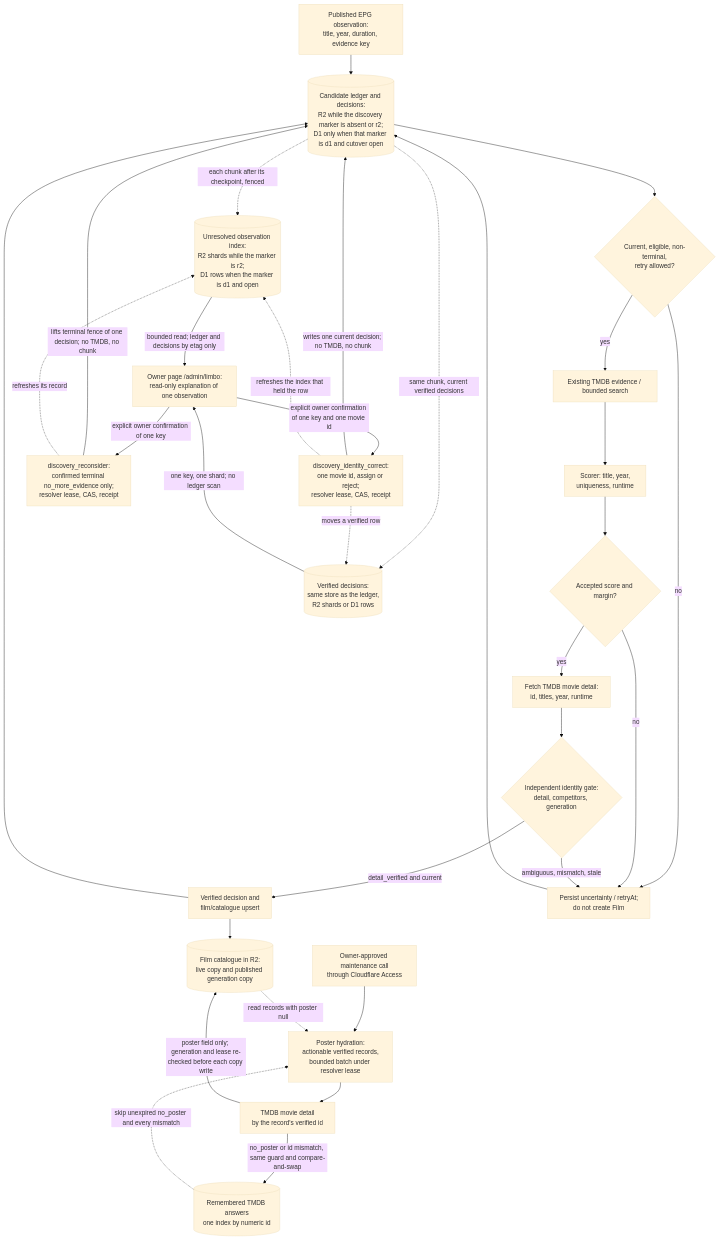
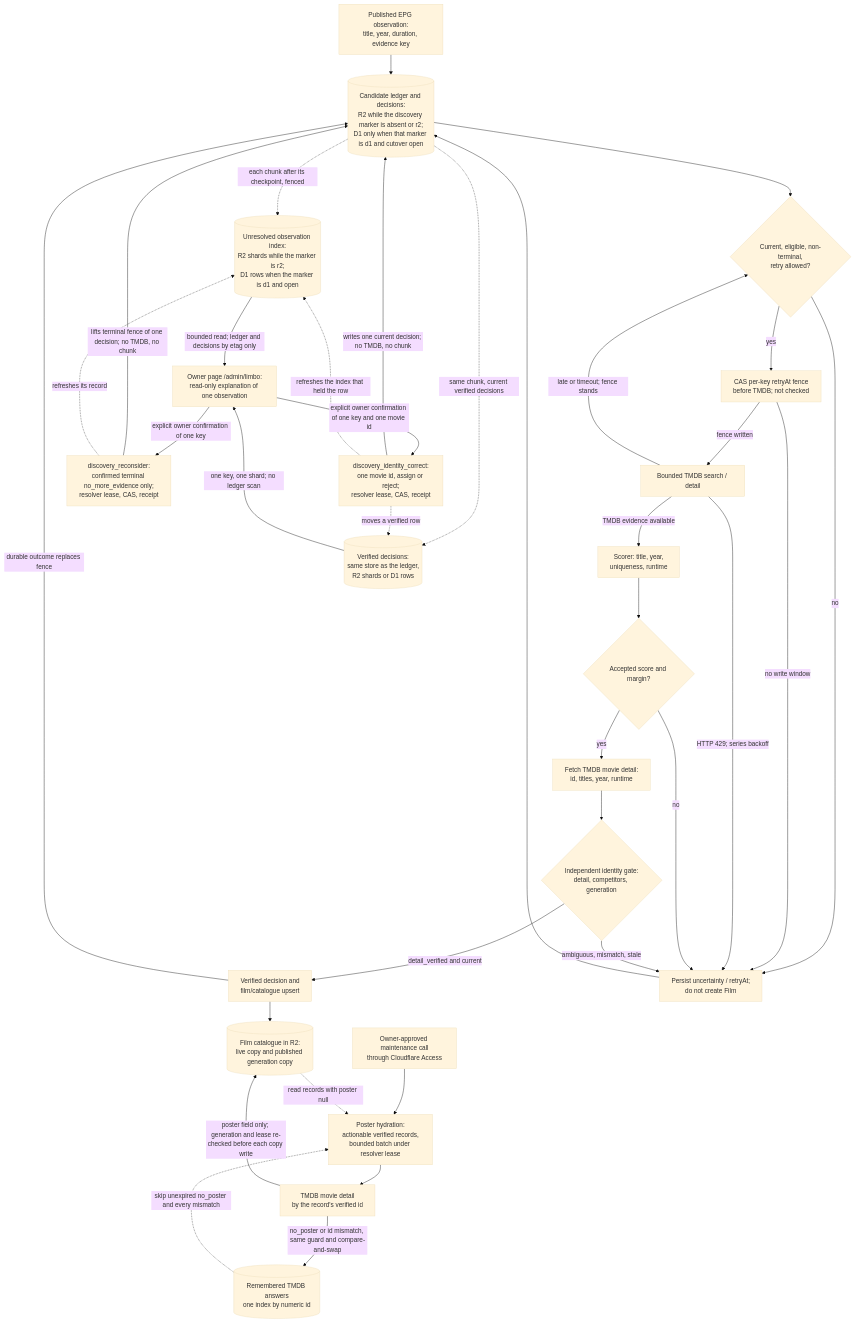
Before and after one commit to vladimino/iptv-watchlist: the diagram in docs/architecture/discovery-and-resolution.md, drawn with Mermaid (base theme). The commit also changed other lines of this file and 16 other files, not shown here.

````diff
--- a/docs/architecture/discovery-and-resolution.md
+++ b/docs/architecture/discovery-and-resolution.md
@@ -5,51 +5,57 @@
 ```mermaid
 flowchart TD
     epg["Published EPG observation:<br/>title, year, duration, evidence key"]
     ledger[("Candidate ledger and decisions:<br/>R2 while the discovery marker is absent or r2;<br/>D1 only when that marker is d1 and cutover open")]
     eligible{"Current, eligible, non-terminal,<br/>retry allowed?"}
-    search["Existing TMDB evidence / bounded search"]
+    defer["CAS per-key retryAt fence<br/>before TMDB; not checked"]
+    search["Bounded TMDB search / detail"]
     scorer["Scorer: title, year,<br/>uniqueness, runtime"]
     score{"Accepted score and margin?"}
     detail["Fetch TMDB movie detail:<br/>id, titles, year, runtime"]
     gate{"Independent identity gate:<br/>detail, competitors, generation"}
     writer["Verified decision and<br/>film/catalogue upsert"]
     unresolved["Persist uncertainty / retryAt;<br/>do not create Film"]
     catalogue[("Film catalogue in R2:<br/>live copy and published generation copy")]
     owner["Owner-approved maintenance call<br/>through Cloudflare Access"]
     hydrate["Poster hydration:<br/>actionable verified records,<br/>bounded batch under resolver lease"]
     posterdetail["TMDB movie detail<br/>by the record's verified id"]
     negatives[("Remembered TMDB answers<br/>one index by numeric id")]
     obsindex[("Unresolved observation index:<br/>R2 shards while the marker is r2;<br/>D1 rows when the marker is d1 and open")]
     verified[("Verified decisions:<br/>same store as the ledger,<br/>R2 shards or D1 rows")]
     ownerread["Owner page /admin/limbo:<br/>read-only explanation of one observation"]
     reconsider["discovery_reconsider:<br/>confirmed terminal no_more_evidence only;<br/>resolver lease, CAS, receipt"]
     identity["discovery_identity_correct:<br/>one movie id, assign or reject;<br/>resolver lease, CAS, receipt"]
     epg --> ledger --> eligible
     eligible -->|no| unresolved
-    eligible -->|yes| search --> scorer
+    eligible -->|yes| defer
+    defer -->|fence written| search
+    defer -->|no write window| unresolved
+    search -->|TMDB evidence available| scorer
+    search -->|late or timeout; fence stands| eligible
+    search -->|HTTP 429; series backoff| unresolved
     scorer --> score
     score -->|no| unresolved
     score -->|yes| detail --> gate
     gate -->|detail_verified and current| writer
     gate -->|ambiguous, mismatch, stale| unresolved
-    writer --> ledger
+    writer -->|durable outcome replaces fence| ledger
     writer --> catalogue
     unresolved --> ledger
     owner --> hydrate
     catalogue -.->|read records with poster null| hydrate
     negatives -.->|skip unexpired no_poster and every mismatch| hydrate
     hydrate --> posterdetail
     posterdetail -->|poster field only; generation and lease re-checked before each copy write| catalogue
     posterdetail -->|no_poster or id mismatch, same guard and compare-and-swap| negatives
     ledger -.->|each chunk after its checkpoint, fenced| obsindex
     ledger -.->|same chunk, current verified decisions| verified
     obsindex -->|bounded read; ledger and decisions by etag only| ownerread
     verified -->|one key, one shard; no ledger scan| ownerread
     ownerread -->|explicit owner confirmation of one key| reconsider
     ownerread -->|explicit owner confirmation of one key and one movie id| identity
     reconsider -->|lifts terminal fence of one decision; no TMDB, no chunk| ledger
     identity -->|writes one current decision; no TMDB, no chunk| ledger
     reconsider -.->|refreshes its record| obsindex
     identity -.->|refreshes the index that held the row| obsindex
     identity -.->|moves a verified row| verified
 ```
````
